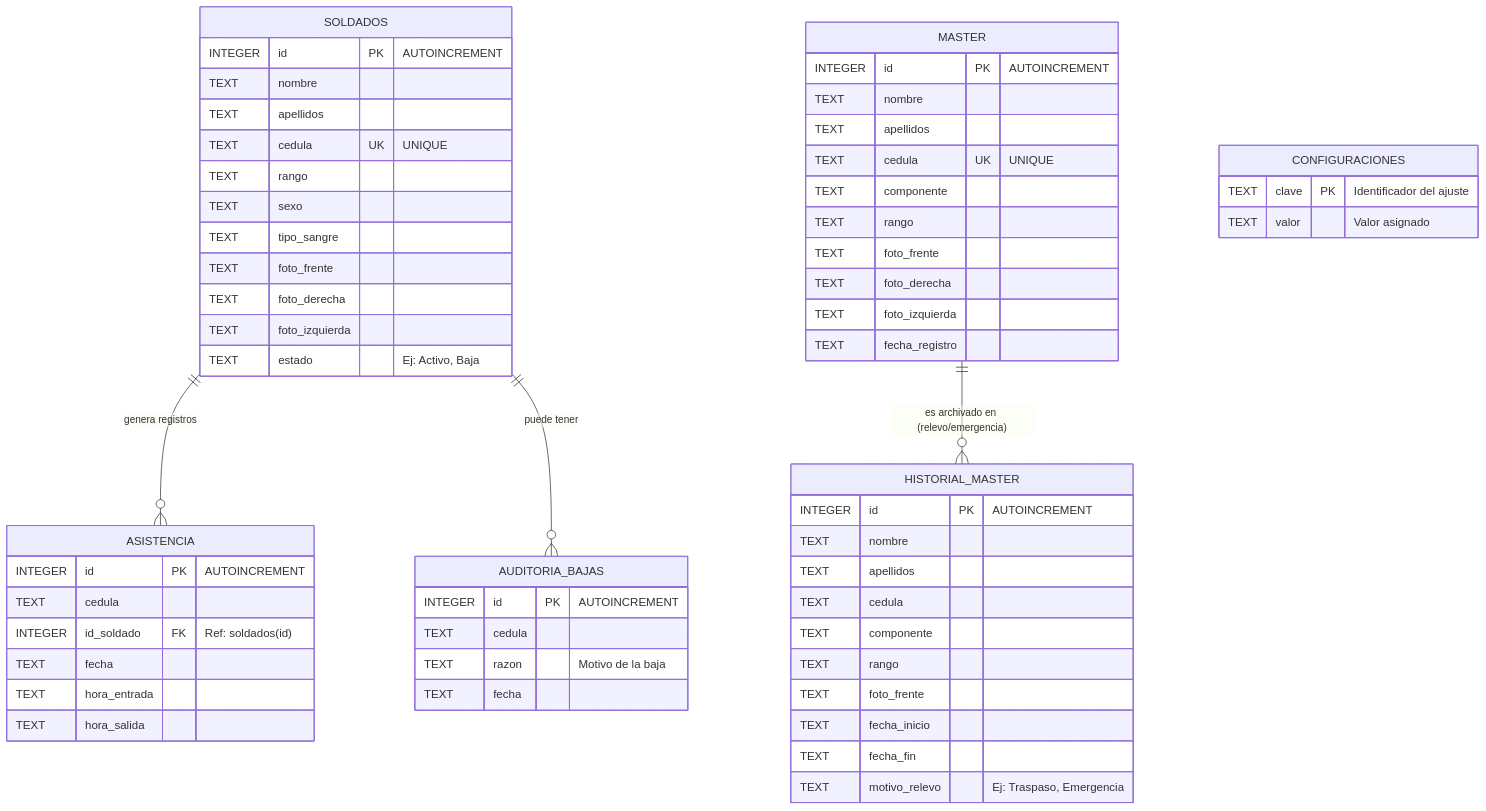
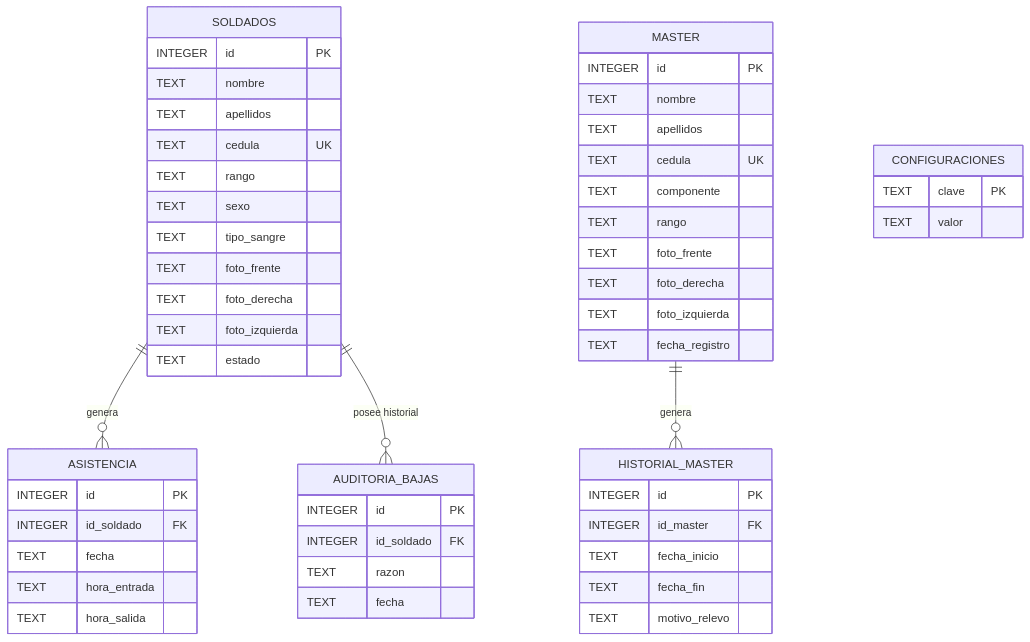
Before and after one commit to rossellcristinacobis2004-cloud/MILFACE: the second of 9 diagrams in README.md, drawn with Mermaid. The commit also changed other lines of this file, not shown here.

First line of the commit message:
Revise ER model and sequence diagram in README

````diff
--- a/README.md
+++ b/README.md
@@ -140,69 +140,63 @@
 ```mermaid
 erDiagram
     %% Relaciones
-    SOLDADOS ||--o{ ASISTENCIA : "genera registros"
-    SOLDADOS ||--o{ AUDITORIA_BAJAS : "puede tener"
-    MASTER ||--o{ HISTORIAL_MASTER : "es archivado en (relevo/emergencia)"
 
-    %% Tablas y Atributos
+    SOLDADOS ||--o{ ASISTENCIA : "genera"
+    SOLDADOS ||--o{ AUDITORIA_BAJAS : "posee historial"
+    MASTER ||--o{ HISTORIAL_MASTER : "genera"
+
     SOLDADOS {
-        INTEGER id PK "AUTOINCREMENT"
+        INTEGER id PK
         TEXT nombre
         TEXT apellidos
-        TEXT cedula UK "UNIQUE"
+        TEXT cedula UK
         TEXT rango
         TEXT sexo
         TEXT tipo_sangre
         TEXT foto_frente
         TEXT foto_derecha
         TEXT foto_izquierda
-        TEXT estado "Ej: Activo, Baja"
+        TEXT estado
     }
 
     ASISTENCIA {
-        INTEGER id PK "AUTOINCREMENT"
-        TEXT cedula
-        INTEGER id_soldado FK "Ref: soldados(id)"
+        INTEGER id PK
+        INTEGER id_soldado FK
         TEXT fecha
         TEXT hora_entrada
         TEXT hora_salida
     }
 
     AUDITORIA_BAJAS {
-        INTEGER id PK "AUTOINCREMENT"
-        TEXT cedula
-        TEXT razon "Motivo de la baja"
+        INTEGER id PK
+        INTEGER id_soldado FK
+        TEXT razon
         TEXT fecha
     }
 
     MASTER {
-        INTEGER id PK "AUTOINCREMENT"
+        INTEGER id PK
         TEXT nombre
         TEXT apellidos
-        TEXT cedula UK "UNIQUE"
+        TEXT cedula UK
         TEXT componente
         TEXT rango
         TEXT foto_frente
         TEXT foto_derecha
         TEXT foto_izquierda
         TEXT fecha_registro
     }
 
     HISTORIAL_MASTER {
-        INTEGER id PK "AUTOINCREMENT"
-        TEXT nombre
-        TEXT apellidos
-        TEXT cedula
-        TEXT componente
-        TEXT rango
-        TEXT foto_frente
+        INTEGER id PK
+        INTEGER id_master FK
         TEXT fecha_inicio
         TEXT fecha_fin
-        TEXT motivo_relevo "Ej: Traspaso, Emergencia"
+        TEXT motivo_relevo
     }
 
     CONFIGURACIONES {
-        TEXT clave PK "Identificador del ajuste"
-        TEXT valor "Valor asignado"
+        TEXT clave PK
+        TEXT valor
     }
 ```
````
